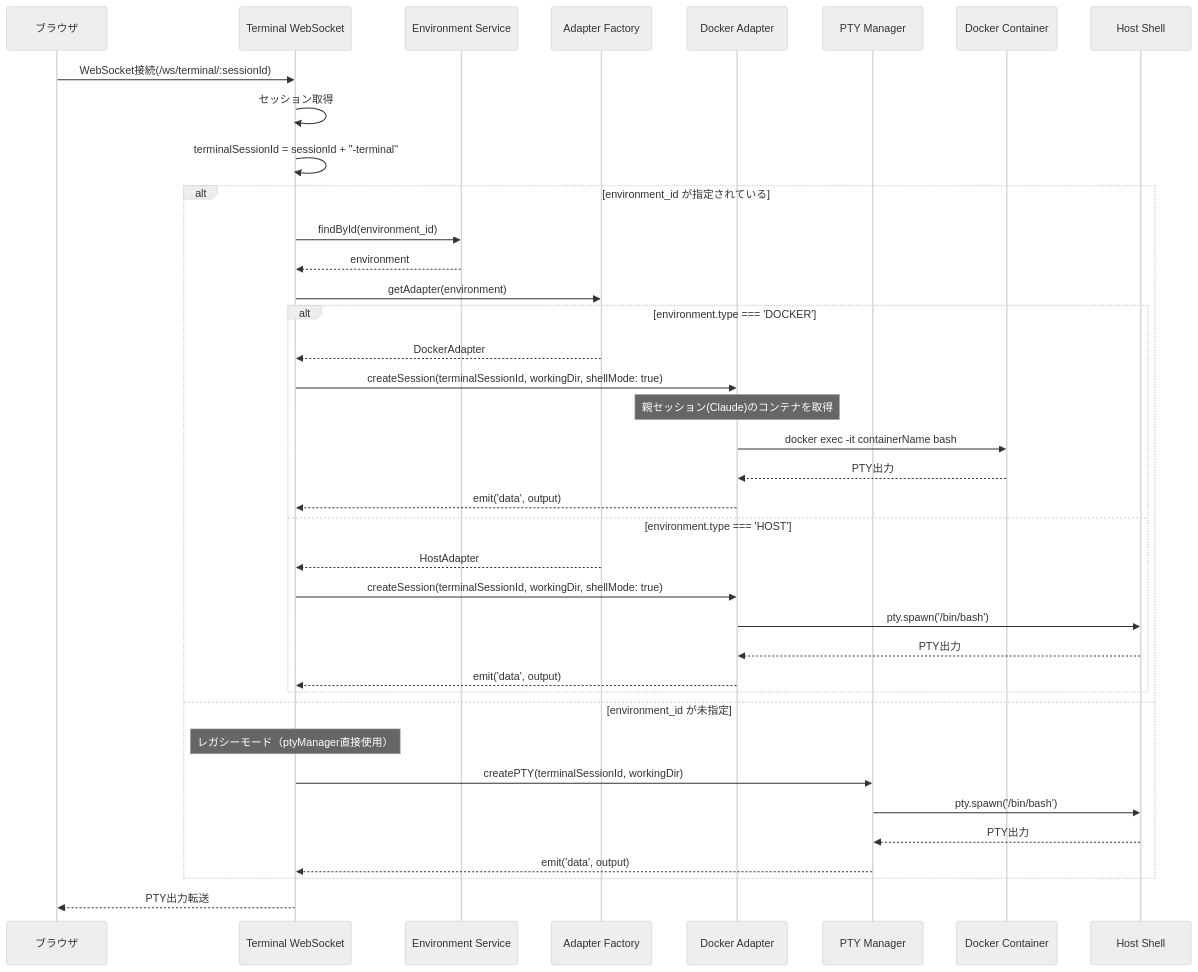
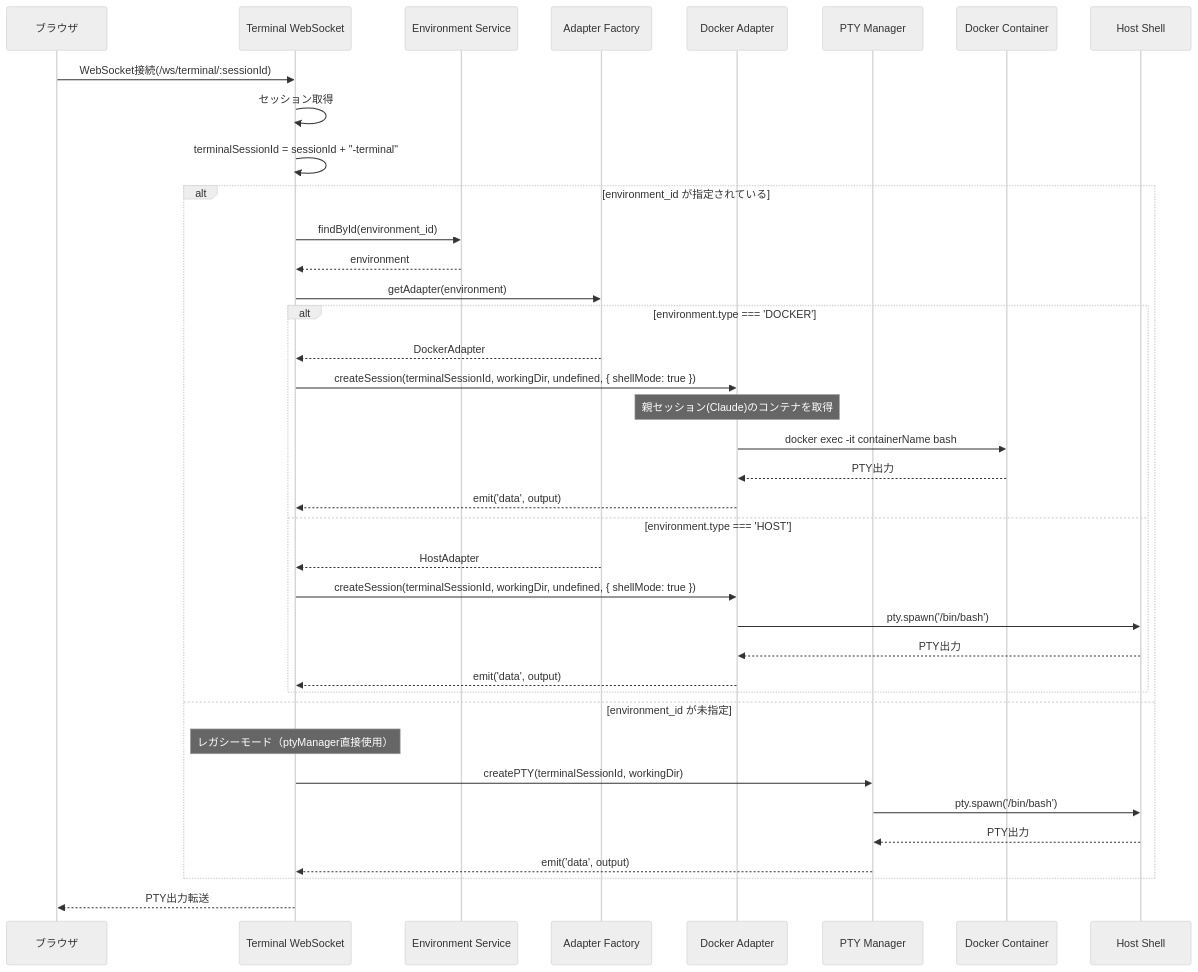
Before and after one commit to windschord/claude-work: the third of 3 diagrams in docs/sdd-terminal/design.md, drawn with Mermaid (neutral theme). The commit also changed 2 other files, not shown here.

Commit message:
fix: CodeRabbit追加レビュー指摘7件を修正
- REQ-131: デフォルトモデル未設定時のフォールバック動作を追加
- REQ-188: "ランスクリプト"を"実行スクリプト（RunScript）"に明確化
- REQ-147: localStorageキー名を明示（claudework:tree-collapse-state）
- NFR-028: "セッション間"を"ブラウザセッション間"に明確化
- createSession呼び出しをオプションオブジェクト形式に統一
- checkGhAvailable: キャッシュ機構を追加してブロッキング軽減
- PR作成: --jsonオプションで構造化出力を使用し正規表現パースを回避

````diff
--- a/docs/sdd-terminal/design.md
+++ b/docs/sdd-terminal/design.md
@@ -231,44 +231,44 @@
 ```mermaid
 sequenceDiagram
     participant Client as ブラウザ
     participant TWS as Terminal WebSocket
     participant ES as Environment Service
     participant AF as Adapter Factory
     participant DA as Docker Adapter
     participant PM as PTY Manager
     participant Docker as Docker Container
     participant Host as Host Shell
 
     Client->>TWS: WebSocket接続(/ws/terminal/:sessionId)
     TWS->>TWS: セッション取得
     TWS->>TWS: terminalSessionId = sessionId + "-terminal"
 
     alt environment_id が指定されている
         TWS->>ES: findById(environment_id)
         ES-->>TWS: environment
         TWS->>AF: getAdapter(environment)
 
         alt environment.type === 'DOCKER'
             AF-->>TWS: DockerAdapter
-            TWS->>DA: createSession(terminalSessionId, workingDir, shellMode: true)
+            TWS->>DA: createSession(terminalSessionId, workingDir, undefined, { shellMode: true })
             Note over DA: 親セッション(Claude)のコンテナを取得
             DA->>Docker: docker exec -it containerName bash
             Docker-->>DA: PTY出力
             DA-->>TWS: emit('data', output)
         else environment.type === 'HOST'
             AF-->>TWS: HostAdapter
-            TWS->>DA: createSession(terminalSessionId, workingDir, shellMode: true)
+            TWS->>DA: createSession(terminalSessionId, workingDir, undefined, { shellMode: true })
             DA->>Host: pty.spawn('/bin/bash')
             Host-->>DA: PTY出力
             DA-->>TWS: emit('data', output)
         end
     else environment_id が未指定
         Note over TWS: レガシーモード（ptyManager直接使用）
         TWS->>PM: createPTY(terminalSessionId, workingDir)
         PM->>Host: pty.spawn('/bin/bash')
         Host-->>PM: PTY出力
         PM-->>TWS: emit('data', output)
     end
 
     TWS-->>Client: PTY出力転送
 ```
````
